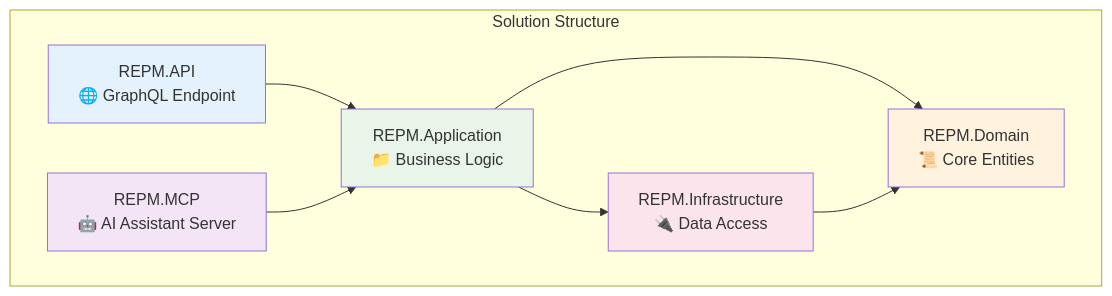
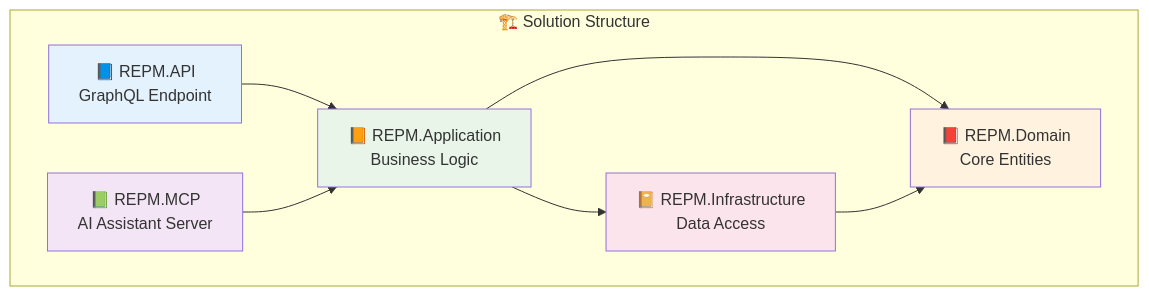
One commit to Omarch29/UltimateStackBackend changed the fourth of 6 diagrams in README.md. Above: the diagram before and after it, drawn with Mermaid. The commit also changed other lines of this file, not shown here.

Commit message:
Update README.md: Enhance project overview, architecture details, and documentation links

````diff
--- a/README.md
+++ b/README.md
@@ -290,22 +305,22 @@
 ```mermaid
 graph TD
-    subgraph "Solution Structure"
-        API[REPM.API<br/>🌐 GraphQL Endpoint]
-        MCP[REPM.MCP<br/>🤖 AI Assistant Server]
-        APP[REPM.Application<br/>📁 Business Logic]
-        DOM[REPM.Domain<br/>📜 Core Entities]
-        INF[REPM.Infrastructure<br/>🔌 Data Access]
+    subgraph "🏗️ Solution Structure"
+        API[📘 REPM.API<br/>GraphQL Endpoint]
+        MCP[📗 REPM.MCP<br/>AI Assistant Server]
+        APP[📙 REPM.Application<br/>Business Logic]
+        DOM[📕 REPM.Domain<br/>Core Entities]
+        INF[📔 REPM.Infrastructure<br/>Data Access]
     end
     
     API --> APP
     MCP --> APP
     APP --> DOM
     APP --> INF
     INF --> DOM
     
     style API fill:#e3f2fd
     style MCP fill:#f3e5f5
     style APP fill:#e8f5e8
     style DOM fill:#fff3e0
     style INF fill:#fce4ec
 ```
````
